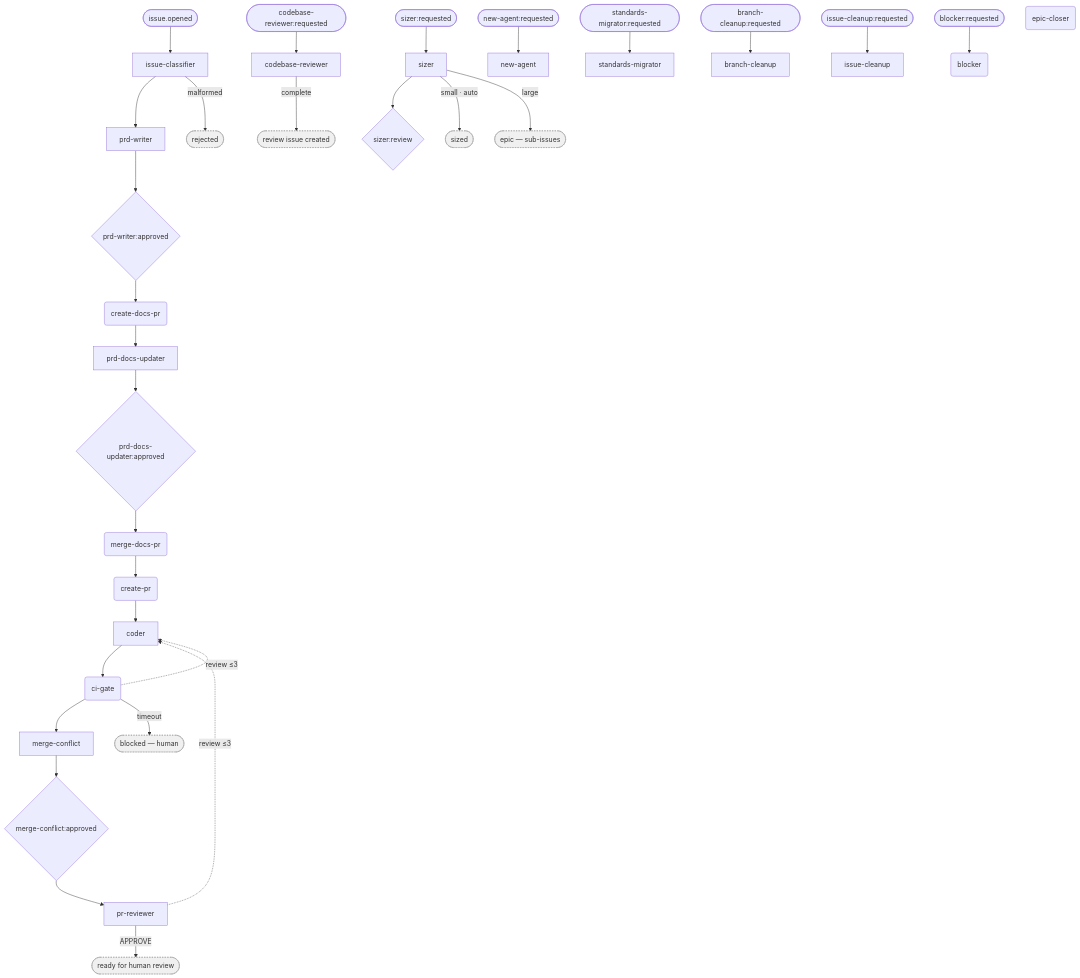
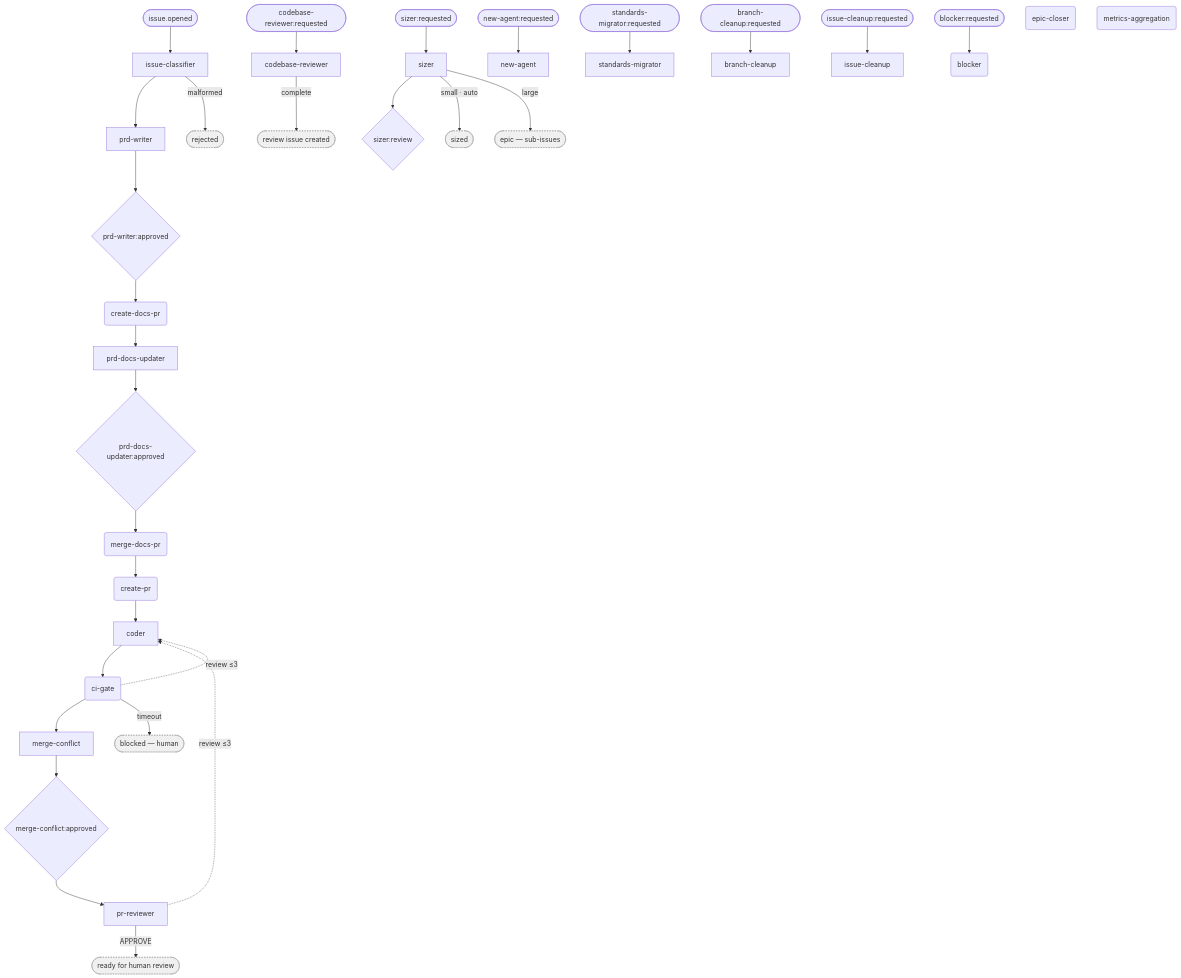
The diagram in docs/product/orchestrator/generated/pipeline.mmd (M-A-Operating-System/ai-coding-standards2), drawn with Mermaid before and after one commit. The commit also changed 2 other files, not shown here.

Commit message:
chore: regenerate pipeline diagrams

```diff
--- a/docs/product/orchestrator/generated/pipeline.mmd
+++ b/docs/product/orchestrator/generated/pipeline.mmd
@@ -1,67 +1,68 @@
 flowchart TD
     entry_n_01_product_docs__issue_classifier(["issue.opened"])
     entry_n_00_ondemand__codebase_reviewer(["codebase-reviewer:requested"])
     entry_n_00_ondemand__sizer(["sizer:requested"])
     entry_n_00_ondemand__new_agent(["new-agent:requested"])
     entry_n_00_ondemand__standards_migrator(["standards-migrator:requested"])
     entry_n_00_ondemand__branch_cleanup(["branch-cleanup:requested"])
     entry_n_00_ondemand__issue_cleanup(["issue-cleanup:requested"])
     entry_n_00_ondemand__blocker(["blocker:requested"])
     n_01_product_docs__issue_classifier["issue-classifier"]
     n_01_product_docs__prd_writer["prd-writer"]
     n_01_product_docs__create_docs_pr("create-docs-pr")
     n_01_product_docs__prd_docs_updater["prd-docs-updater"]
     n_01_product_docs__merge_docs_pr("merge-docs-pr")
     n_01_product_docs__create_pr("create-pr")
     n_03_execute__coder["coder"]
     n_03_execute__ci_gate("ci-gate")
     n_03_execute__merge_conflict["merge-conflict"]
     n_03_execute__pr_reviewer["pr-reviewer"]
     n_04_evaluate__epic_closer("epic-closer")
     n_00_ondemand__codebase_reviewer["codebase-reviewer"]
     n_00_ondemand__sizer["sizer"]
     n_00_ondemand__new_agent["new-agent"]
     n_00_ondemand__standards_migrator["standards-migrator"]
     n_00_ondemand__branch_cleanup["branch-cleanup"]
     n_00_ondemand__issue_cleanup["issue-cleanup"]
     n_00_ondemand__blocker("blocker")
+    n_05_continuous__metrics_aggregation("metrics-aggregation")
     gate__n_01_product_docs__prd_writer{"prd-writer:approved"}
     gate__n_01_product_docs__prd_docs_updater{"prd-docs-updater:approved"}
     gate__n_03_execute__merge_conflict{"merge-conflict:approved"}
     gate__n_00_ondemand__sizer{"sizer:review"}
     term_blocked(["blocked — human"]):::term
     term_cr_done(["review issue created"]):::term
     term_epic(["epic — sub-issues"]):::term
     term_ready(["ready for human review"]):::term
     term_rejected(["rejected"]):::term
     term_sized(["sized"]):::term
     entry_n_01_product_docs__issue_classifier --> n_01_product_docs__issue_classifier
     entry_n_00_ondemand__codebase_reviewer --> n_00_ondemand__codebase_reviewer
     entry_n_00_ondemand__sizer --> n_00_ondemand__sizer
     entry_n_00_ondemand__new_agent --> n_00_ondemand__new_agent
     entry_n_00_ondemand__standards_migrator --> n_00_ondemand__standards_migrator
     entry_n_00_ondemand__branch_cleanup --> n_00_ondemand__branch_cleanup
     entry_n_00_ondemand__issue_cleanup --> n_00_ondemand__issue_cleanup
     entry_n_00_ondemand__blocker --> n_00_ondemand__blocker
     n_01_product_docs__issue_classifier --> n_01_product_docs__prd_writer
     gate__n_01_product_docs__prd_writer --> n_01_product_docs__create_docs_pr
     n_01_product_docs__create_docs_pr --> n_01_product_docs__prd_docs_updater
     gate__n_01_product_docs__prd_docs_updater --> n_01_product_docs__merge_docs_pr
     n_01_product_docs__merge_docs_pr --> n_01_product_docs__create_pr
     n_01_product_docs__create_pr --> n_03_execute__coder
     n_03_execute__coder --> n_03_execute__ci_gate
     n_03_execute__ci_gate --> n_03_execute__merge_conflict
     gate__n_03_execute__merge_conflict --> n_03_execute__pr_reviewer
     n_01_product_docs__prd_writer --> gate__n_01_product_docs__prd_writer
     n_01_product_docs__prd_docs_updater --> gate__n_01_product_docs__prd_docs_updater
     n_03_execute__merge_conflict --> gate__n_03_execute__merge_conflict
     n_00_ondemand__sizer --> gate__n_00_ondemand__sizer
     n_03_execute__ci_gate -. review ≤3 .-> n_03_execute__coder
     n_03_execute__pr_reviewer -. review ≤3 .-> n_03_execute__coder
     n_01_product_docs__issue_classifier -->|malformed| term_rejected
     n_03_execute__ci_gate -->|timeout| term_blocked
     n_03_execute__pr_reviewer -->|APPROVE| term_ready
     n_00_ondemand__sizer -->|small · auto| term_sized
     n_00_ondemand__sizer -->|large| term_epic
     n_00_ondemand__codebase_reviewer -->|complete| term_cr_done
     classDef term fill:#f0f0f0,stroke:#999,stroke-dasharray:3
```
